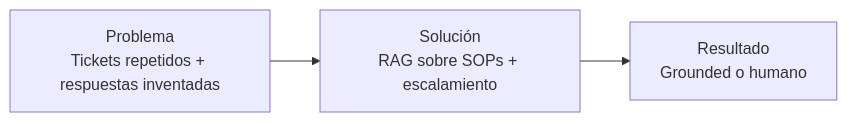
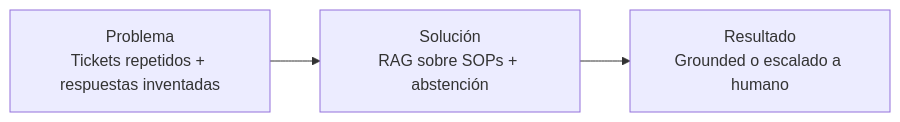
One commit to Angelzaki/support-copilot-lab changed the diagram in README.md. Above: the diagram before and after it, drawn with Mermaid. The commit also changed other lines of this file and 19 other files, not shown here.

````diff
--- a/README.md
+++ b/README.md
@@ -16,5 +18,5 @@
 ```mermaid
 flowchart LR
-  P[Problema<br/>Tickets repetidos + respuestas inventadas] --> S[Solución<br/>RAG sobre SOPs + escalamiento]
-  S --> R[Resultado<br/>Grounded o humano]
+  P[Problema<br/>Tickets repetidos + respuestas inventadas] --> S[Solución<br/>RAG sobre SOPs + abstención]
+  S --> R[Resultado<br/>Grounded o escalado a humano]
 ```
````
